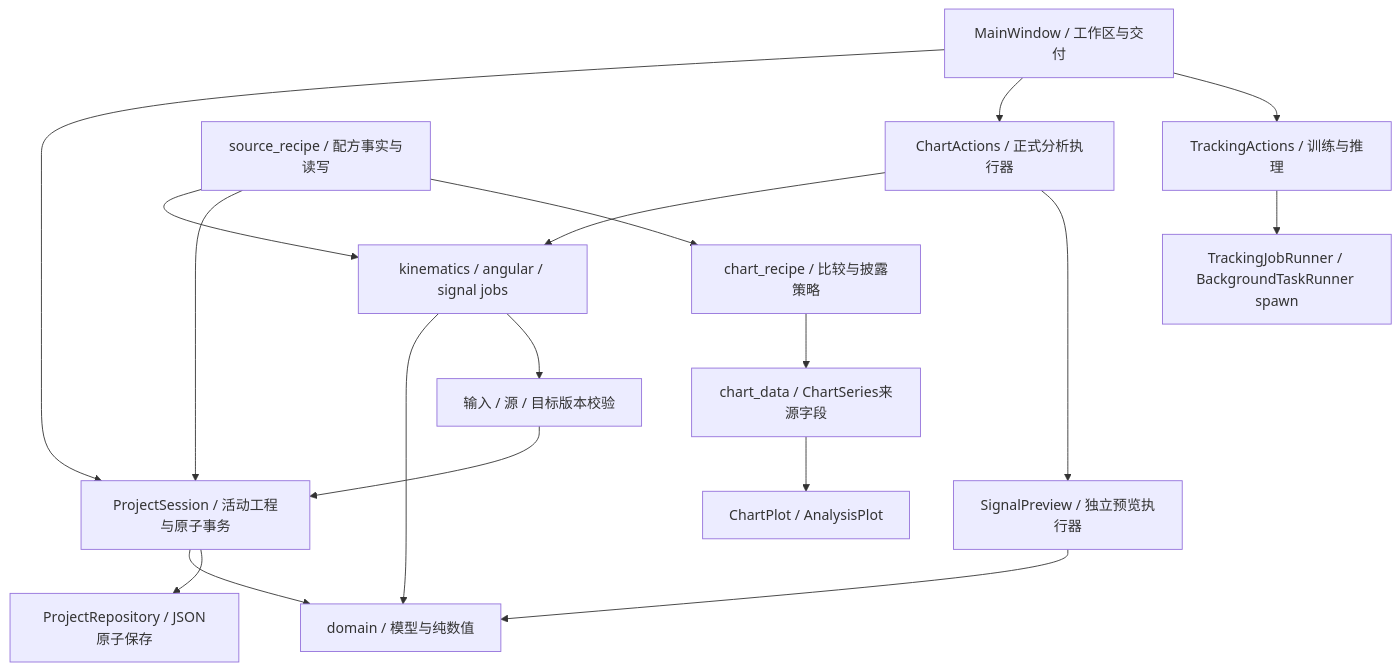
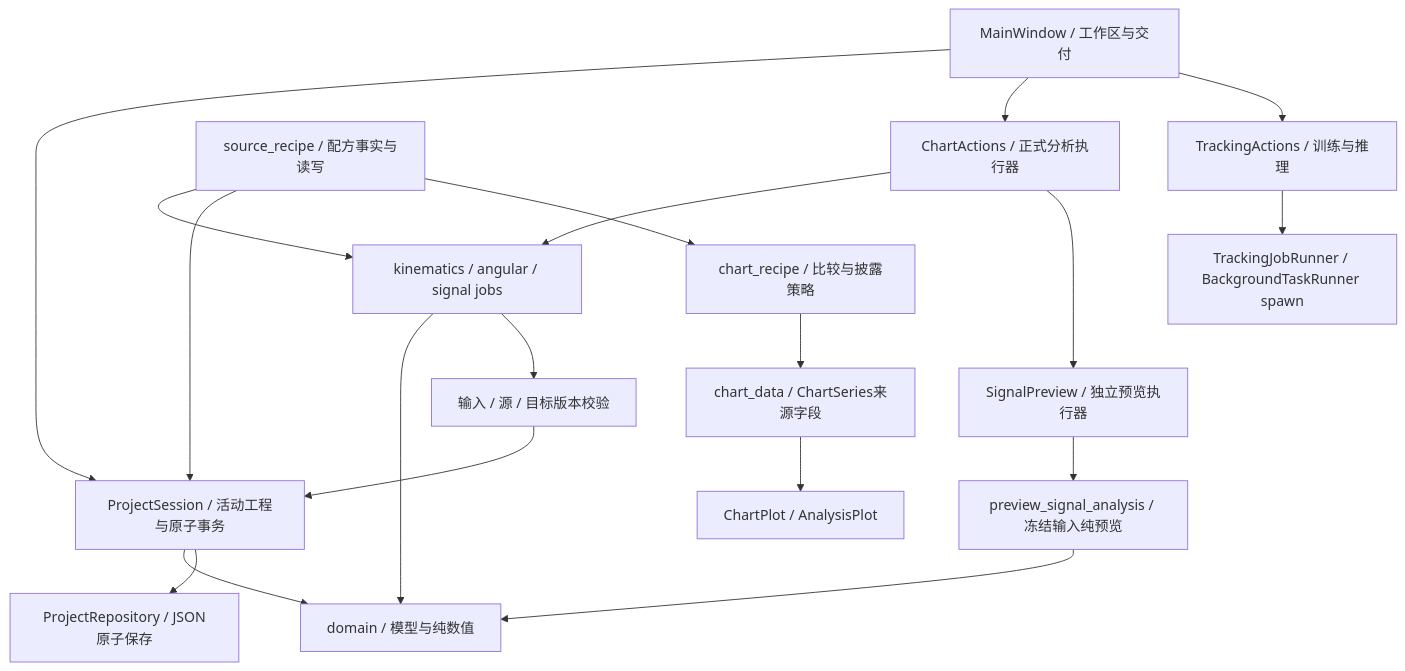
The diagram in docs/architecture.md (KYLeonis/ai-physics-tracker), drawn with Mermaid before and after one commit. The commit also changed other lines of this file and 8 other files, not shown here.

Commit message:
docs: close recurrence refactor and sync architecture status

````diff
--- a/docs/architecture.md
+++ b/docs/architecture.md
@@ -9,20 +9,21 @@
 ```mermaid
 flowchart TD
     UI[MainWindow / 工作区与交付] --> SESSION[ProjectSession / 活动工程与原子事务]
     SESSION --> DOMAIN[domain / 模型与纯数值]
     SESSION --> REPO[ProjectRepository / JSON原子保存]
     UI --> CHART[ChartActions / 正式分析执行器]
     CHART --> JOBS[kinematics / angular / signal jobs]
     JOBS --> DOMAIN
     JOBS --> VALID[输入 / 源 / 目标版本校验]
     VALID --> SESSION
     CHART --> PREVIEW[SignalPreview / 独立预览执行器]
-    PREVIEW --> DOMAIN
+    PREVIEW --> SIGNALPREVIEW[preview_signal_analysis / 冻结输入纯预览]
+    SIGNALPREVIEW --> DOMAIN
     RECIPE[source_recipe / 配方事实与读写] --> JOBS
     RECIPE --> SESSION
     RECIPE --> DISPLAY[chart_recipe / 比较与披露策略]
     DISPLAY --> DATA[chart_data / ChartSeries来源字段]
     DATA --> PLOT[ChartPlot / AnalysisPlot]
     UI --> TRACK[TrackingActions / 训练与推理]
     TRACK --> RUNNER[TrackingJobRunner / BackgroundTaskRunner spawn]
 ```
````
